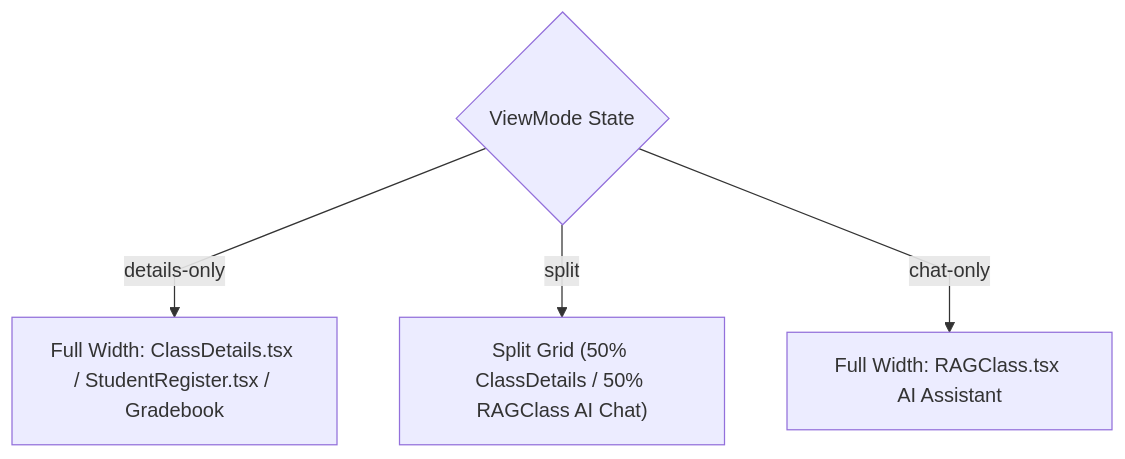
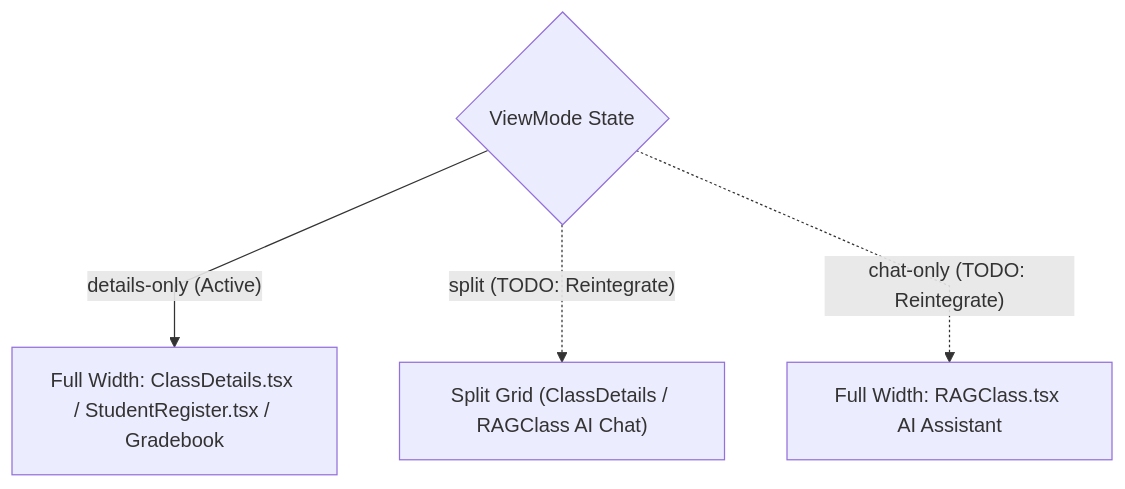
The diagram in frontend/src/views/code.ARCH.md (VictorBravo9er/Teacher-Assistant-Workspace), drawn with Mermaid before and after one commit. The commit also changed 14 other files, not shown here.

````diff
--- a/frontend/src/views/code.ARCH.md
+++ b/frontend/src/views/code.ARCH.md
@@ -9,9 +9,9 @@
 ```mermaid
 %%{init: {'flowchart': {'curve': 'linear'}}}%%
 flowchart TD
     Mode{"ViewMode State"}
     
-    Mode -- "details-only" --> FullDetails["Full Width: ClassDetails.tsx / StudentRegister.tsx / Gradebook"]
-    Mode -- "split" --> SplitGrid["Split Grid (50% ClassDetails / 50% RAGClass AI Chat)"]
-    Mode -- "chat-only" --> FullChat["Full Width: RAGClass.tsx AI Assistant"]
+    Mode -- "details-only (Active)" --> FullDetails["Full Width: ClassDetails.tsx / StudentRegister.tsx / Gradebook"]
+    Mode -. "split (TODO: Reintegrate)" .-> SplitGrid["Split Grid (ClassDetails / RAGClass AI Chat)"]
+    Mode -. "chat-only (TODO: Reintegrate)" .-> FullChat["Full Width: RAGClass.tsx AI Assistant"]
 ```
````
